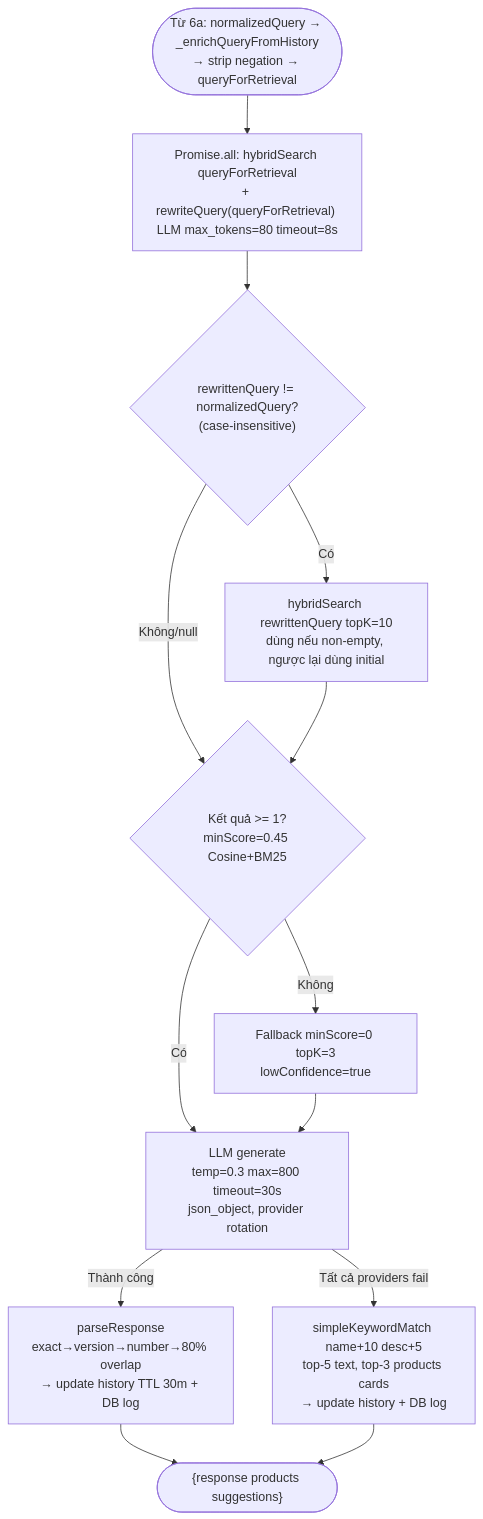
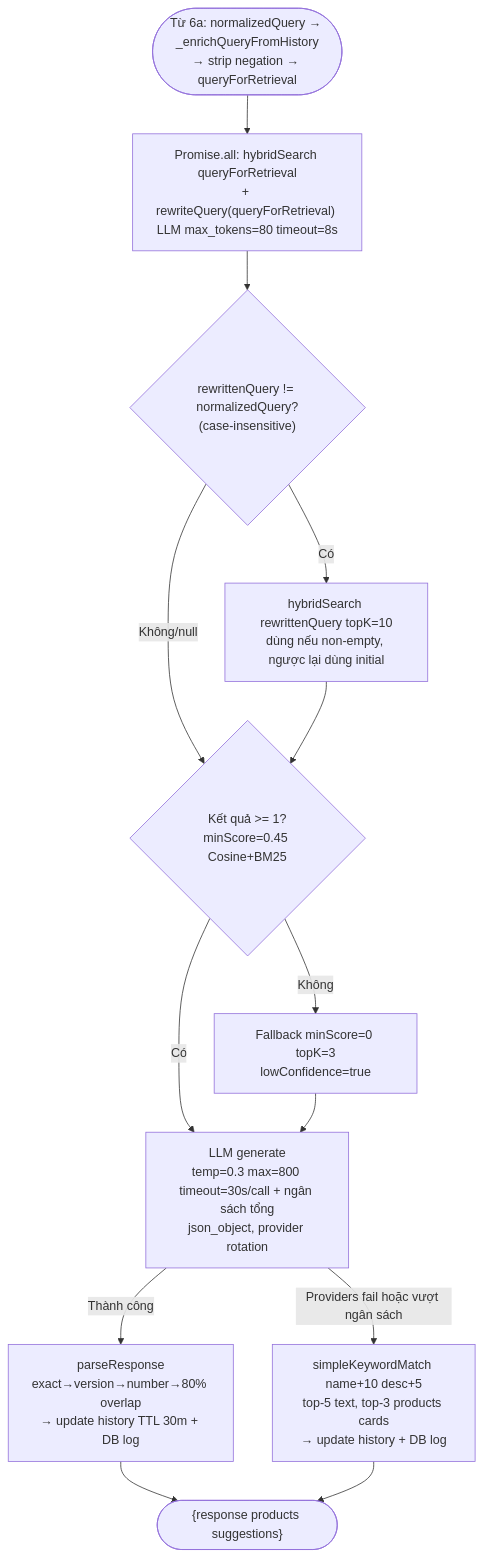
Before and after one commit to MinhThang1009/E-commerce-website: diagram 39 of 47 in DIAGRAMS.md, drawn with Mermaid. The commit also changed other lines of this file, not shown here.

Commit message:
docs(diagrams): thêm ngân sách LLM_TOTAL_TIMEOUT_MS vào sơ đồ RAG §3.3/§6b
Option A (commit 9fbddd3) bọc augmentAndGenerate trong Promise.race với ngân sách
tổng → bổ sung path fallback 'vượt ngân sách tổng' (trước chỉ 'providers fail').
§3.3 sequenceDiagram + §6b flowchart: note timeout 30s/call + ngân sách tổng.

````diff
--- a/DIAGRAMS.md
+++ b/DIAGRAMS.md
@@ -1666,15 +1666,15 @@
 ```mermaid
 flowchart TD
     A([Từ 6a: normalizedQuery → _enrichQueryFromHistory<br/>→ strip negation → queryForRetrieval]) --> B["Promise.all: hybridSearch queryForRetrieval<br/>+ rewriteQuery(queryForRetrieval) LLM max_tokens=80 timeout=8s"]
     B --> C{"rewrittenQuery != normalizedQuery?<br/>(case-insensitive)"}
     C -->|Có| D["hybridSearch rewrittenQuery topK=10<br/>dùng nếu non-empty, ngược lại dùng initial"]
     C -->|Không/null| E
     D --> E{"Kết quả >= 1?<br/>minScore=0.45 Cosine+BM25"}
     E -->|Không| F["Fallback minScore=0 topK=3<br/>lowConfidence=true"]
-    E -->|Có| G["LLM generate<br/>temp=0.3 max=800 timeout=30s<br/>json_object, provider rotation"]
+    E -->|Có| G["LLM generate<br/>temp=0.3 max=800 timeout=30s/call + ngân sách tổng<br/>json_object, provider rotation"]
     F --> G
     G -->|Thành công| H["parseResponse<br/>exact→version→number→80% overlap<br/>→ update history TTL 30m + DB log"]
-    G -->|Tất cả providers fail| I["simpleKeywordMatch name+10 desc+5<br/>top-5 text, top-3 products cards<br/>→ update history + DB log"]
+    G -->|Providers fail hoặc vượt ngân sách| I["simpleKeywordMatch name+10 desc+5<br/>top-5 text, top-3 products cards<br/>→ update history + DB log"]
     H --> J(["{response products suggestions}"])
     I --> J
 ```
````
